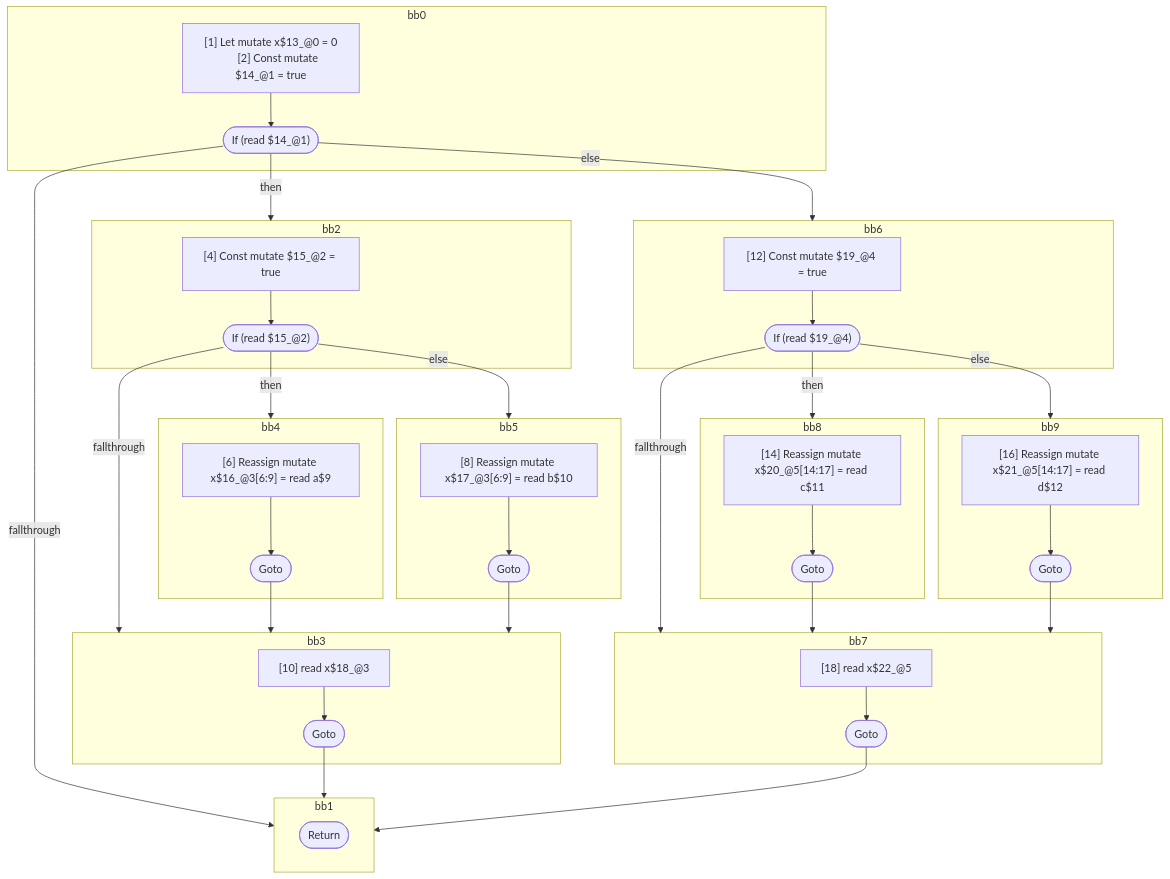
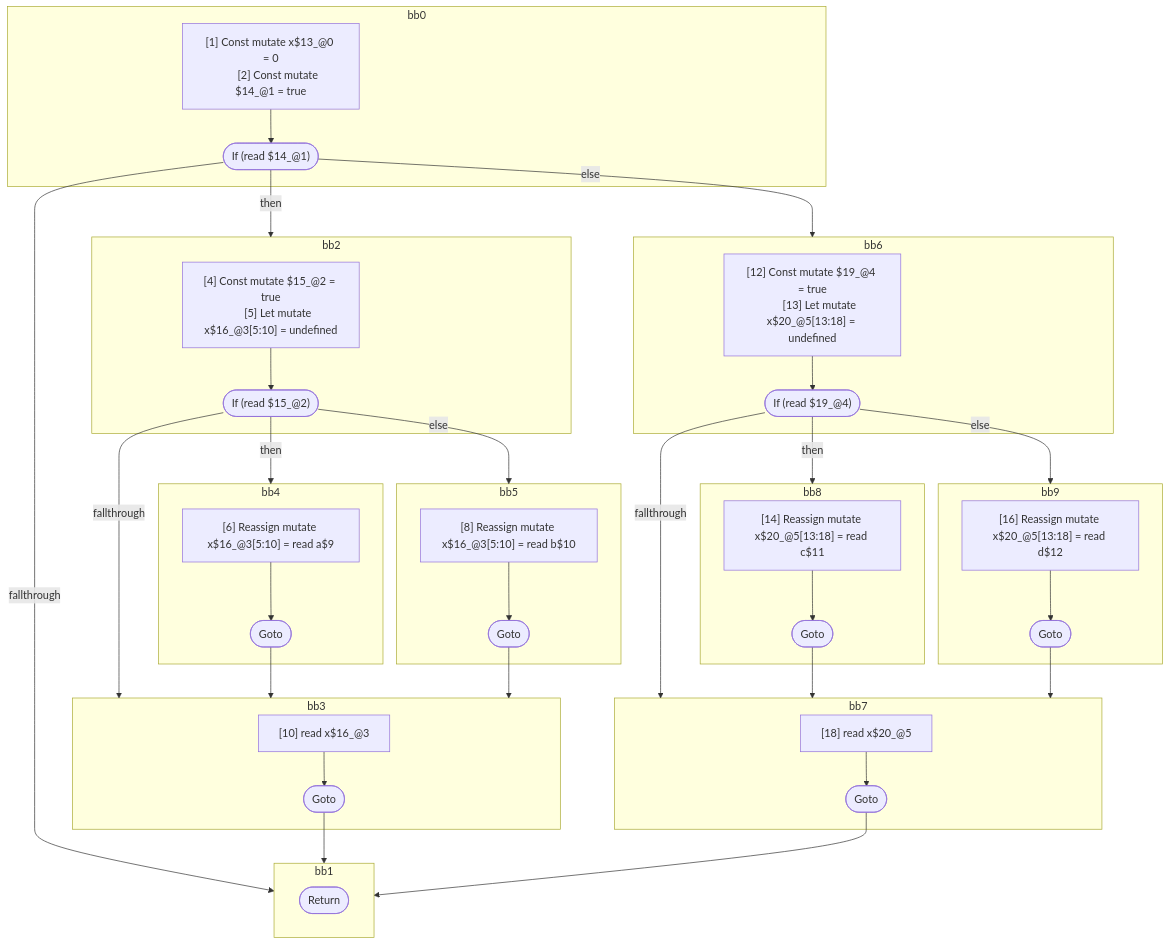
The diagram in compiler/forget/src/__tests__/fixtures/hir/ssa-sibling-phis.expect.md (wutsmog/private), drawn with Mermaid before and after one commit. The commit also changed other lines of this file and 61 other files, not shown here.

````diff
--- a/compiler/forget/src/__tests__/fixtures/hir/ssa-sibling-phis.expect.md
+++ b/compiler/forget/src/__tests__/fixtures/hir/ssa-sibling-phis.expect.md
@@ -81,80 +83,82 @@
 ```mermaid
 flowchart TB
   %% Basic Blocks
   subgraph bb0
     bb0_instrs["
-      [1] Let mutate x$13_@0 = 0
+      [1] Const mutate x$13_@0 = 0
       [2] Const mutate $14_@1 = true
     "]
     bb0_instrs --> bb0_terminal(["If (read $14_@1)"])
   end
   subgraph bb2
     bb2_instrs["
       [4] Const mutate $15_@2 = true
+      [5] Let mutate x$16_@3[5:10] = undefined
     "]
     bb2_instrs --> bb2_terminal(["If (read $15_@2)"])
   end
   subgraph bb4
     bb4_instrs["
-      [6] Reassign mutate x$16_@3[6:9] = read a$9
+      [6] Reassign mutate x$16_@3[5:10] = read a$9
     "]
     bb4_instrs --> bb4_terminal(["Goto"])
   end
   subgraph bb5
     bb5_instrs["
-      [8] Reassign mutate x$17_@3[6:9] = read b$10
+      [8] Reassign mutate x$16_@3[5:10] = read b$10
     "]
     bb5_instrs --> bb5_terminal(["Goto"])
   end
   subgraph bb3
     bb3_instrs["
-      [10] read x$18_@3
+      [10] read x$16_@3
     "]
     bb3_instrs --> bb3_terminal(["Goto"])
   end
   subgraph bb6
     bb6_instrs["
       [12] Const mutate $19_@4 = true
+      [13] Let mutate x$20_@5[13:18] = undefined
     "]
     bb6_instrs --> bb6_terminal(["If (read $19_@4)"])
   end
   subgraph bb8
     bb8_instrs["
-      [14] Reassign mutate x$20_@5[14:17] = read c$11
+      [14] Reassign mutate x$20_@5[13:18] = read c$11
     "]
     bb8_instrs --> bb8_terminal(["Goto"])
   end
   subgraph bb9
     bb9_instrs["
-      [16] Reassign mutate x$21_@5[14:17] = read d$12
+      [16] Reassign mutate x$20_@5[13:18] = read d$12
     "]
     bb9_instrs --> bb9_terminal(["Goto"])
   end
   subgraph bb7
     bb7_instrs["
-      [18] read x$22_@5
+      [18] read x$20_@5
     "]
     bb7_instrs --> bb7_terminal(["Goto"])
   end
   subgraph bb1
     bb1_terminal(["Return"])
   end
 
   %% Jumps
   bb0_terminal -- "then" --> bb2
   bb0_terminal -- "else" --> bb6
   bb0_terminal -- "fallthrough" --> bb1
   bb2_terminal -- "then" --> bb4
   bb2_terminal -- "else" --> bb5
   bb2_terminal -- "fallthrough" --> bb3
   bb4_terminal --> bb3
   bb5_terminal --> bb3
   bb3_terminal --> bb1
   bb6_terminal -- "then" --> bb8
   bb6_terminal -- "else" --> bb9
   bb6_terminal -- "fallthrough" --> bb7
   bb8_terminal --> bb7
   bb9_terminal --> bb7
   bb7_terminal --> bb1
 
 ```
````
